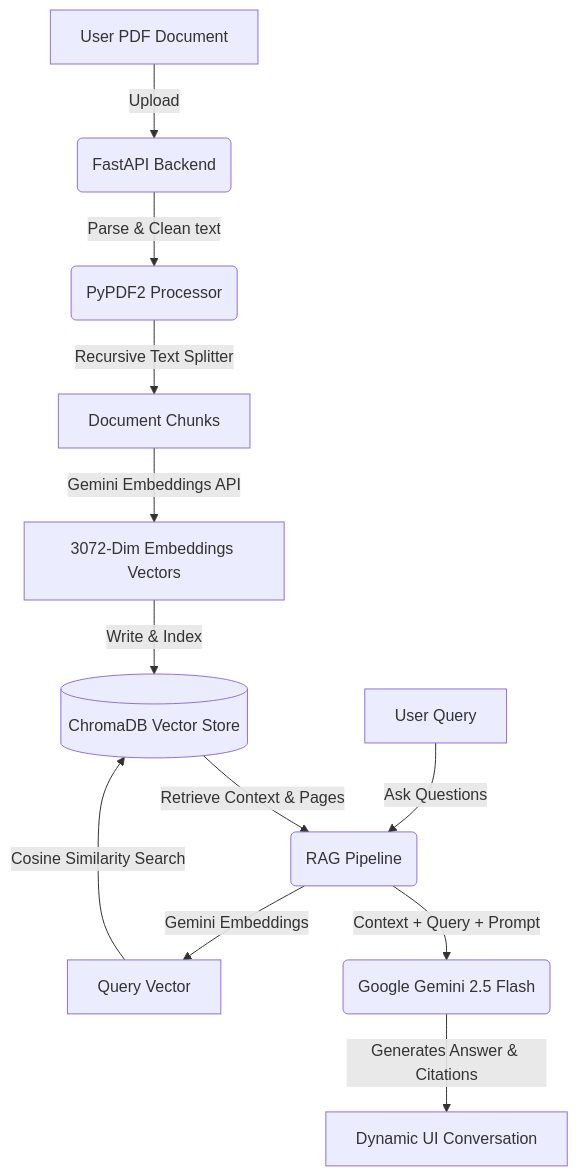
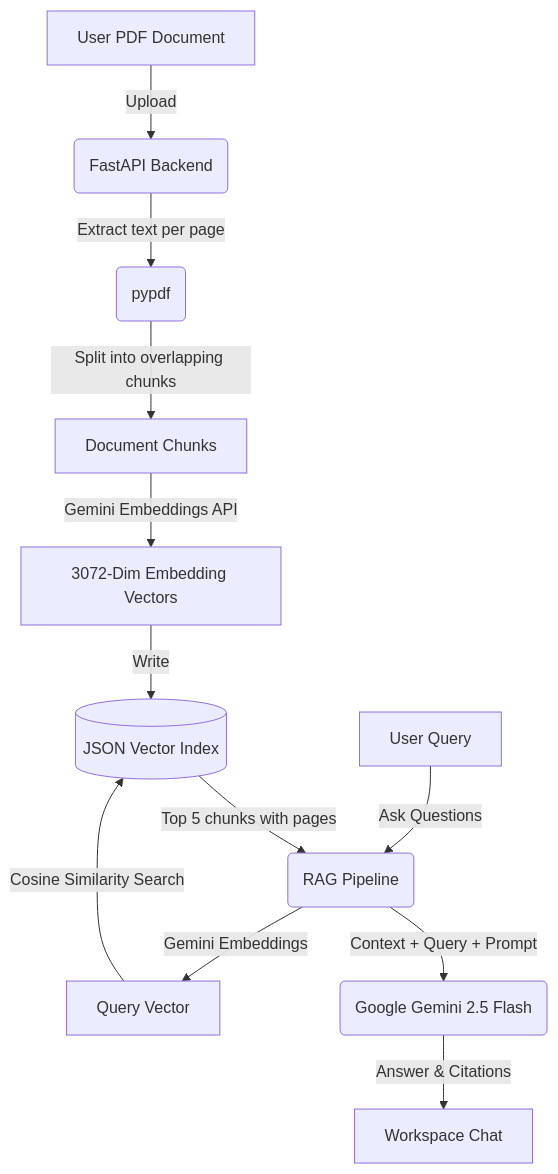
One commit to varun77t/lumina changed the diagram in README.md. Above: the diagram before and after it, drawn with Mermaid. The commit also changed other lines of this file and 3 other files, not shown here.

````diff
--- a/README.md
+++ b/README.md
@@ -23,15 +21,15 @@
 ```mermaid
 graph TD
     A[User PDF Document] -->|Upload| B(FastAPI Backend)
-    B -->|Parse & Clean text| C(PyPDF2 Processor)
-    C -->|Recursive Text Splitter| D[Document Chunks]
-    D -->|Gemini Embeddings API| E[3072-Dim Embeddings Vectors]
-    E -->|Write & Index| F[(ChromaDB Vector Store)]
-    
+    B -->|Extract text per page| C(pypdf)
+    C -->|Split into overlapping chunks| D[Document Chunks]
+    D -->|Gemini Embeddings API| E[3072-Dim Embedding Vectors]
+    E -->|Write| F[(JSON Vector Index)]
+
     G[User Query] -->|Ask Questions| H(RAG Pipeline)
     H -->|Gemini Embeddings| I[Query Vector]
     I -->|Cosine Similarity Search| F
-    F -->|Retrieve Context & Pages| H
+    F -->|Top 5 chunks with pages| H
     H -->|Context + Query + Prompt| J(Google Gemini 2.5 Flash)
-    J -->|Generates Answer & Citations| K[Dynamic UI Conversation]
+    J -->|Answer & Citations| K[Workspace Chat]
 ```
````
